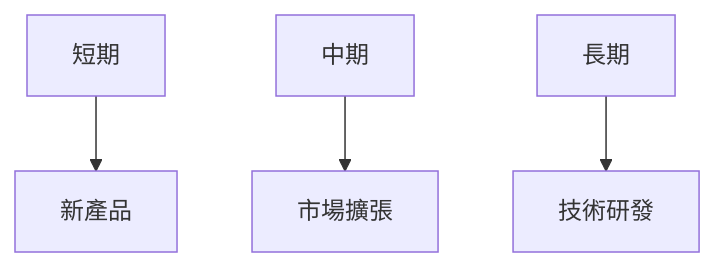
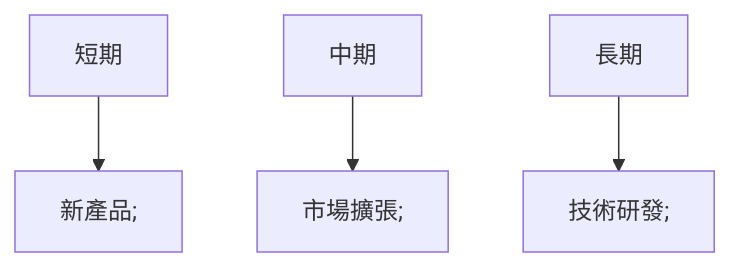
Before and after one commit to yennanliu/finance_data: the tenth of 11 diagrams in ai_gen_report/stock/goog/fundamental_analysis_2026-03-23_openai.md, drawn with Mermaid. The commit also changed other lines of this file and 2258 other files, not shown here.

First line of the commit message:
chore: backfill Mermaid syntax repair across existing reports

````diff
--- a/ai_gen_report/stock/goog/fundamental_analysis_2026-03-23_openai.md
+++ b/ai_gen_report/stock/goog/fundamental_analysis_2026-03-23_openai.md
@@ -284,6 +284,6 @@
 ```mermaid
 graph TD;
-    短期-->新產品;
-    中期-->市場擴張;
-    長期-->技術研發;
+    短期 --> nb1["新產品;"]
+    中期 --> nb2["市場擴張;"]
+    長期 --> nb3["技術研發;"]
 ```
````
